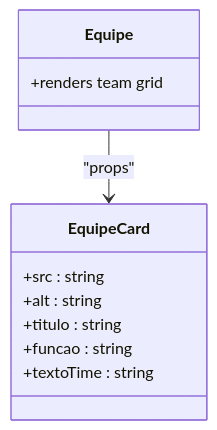
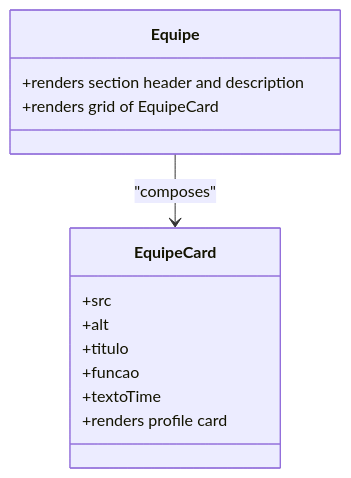
Before and after one commit to isadorabassoasseiro-boop/OptiCode: the ninth of 12 diagrams in .qoder/repowiki/en/content/Component Architecture/Component Architecture.md, drawn with Mermaid. The commit also changed other lines of this file and 35 other files, not shown here.

````diff
--- a/.qoder/repowiki/en/content/Component Architecture/Component Architecture.md
+++ b/.qoder/repowiki/en/content/Component Architecture/Component Architecture.md
@@ -320,14 +323,16 @@
 ```mermaid
 classDiagram
 class Equipe {
-+renders team grid
++renders section header and description
++renders grid of EquipeCard
 }
 class EquipeCard {
-+src : string
-+alt : string
-+titulo : string
-+funcao : string
-+textoTime : string
++src
++alt
++titulo
++funcao
++textoTime
++renders profile card
 }
-Equipe --> EquipeCard : "props"
+Equipe --> EquipeCard : "composes"
 ```
````
